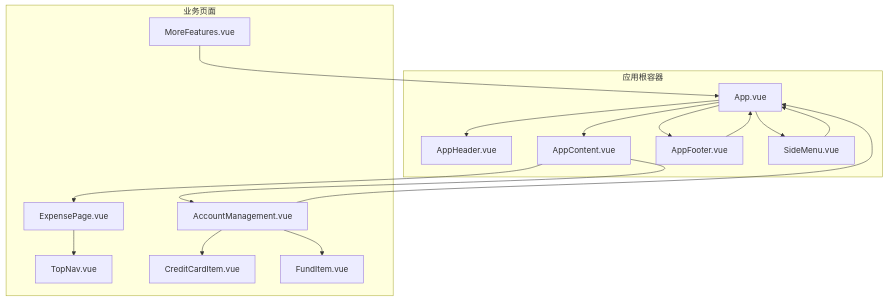
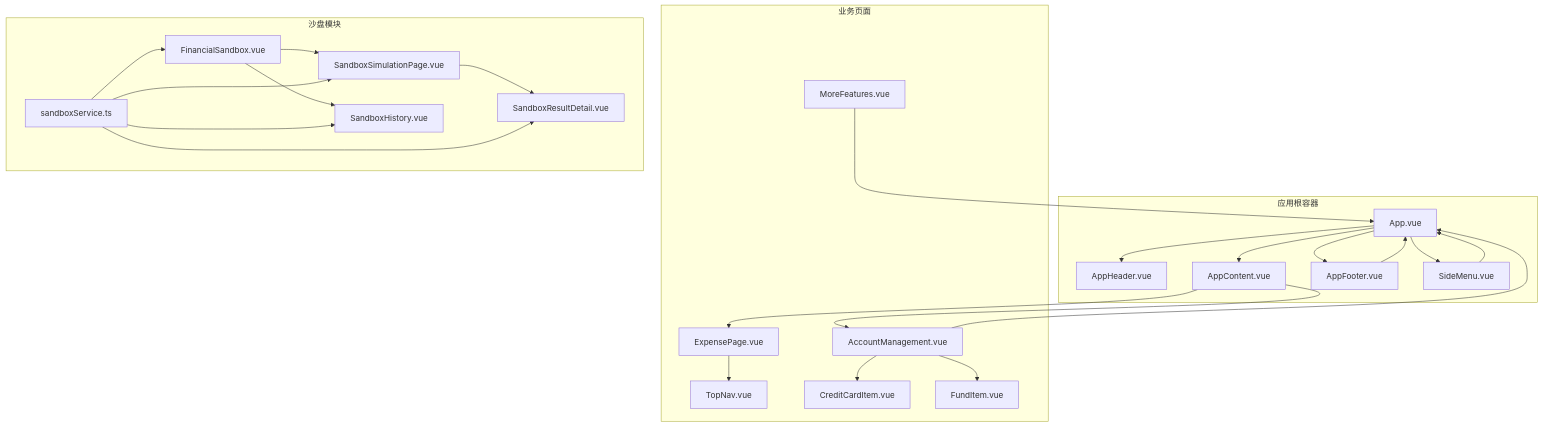
One commit to xiao-lin-unit/yuan changed the first of 9 diagrams in .qoder/repowiki/zh/content/架构设计/组件通信机制.md. Above: the diagram before and after it, drawn with Mermaid. The commit also changed other lines of this file and 24 other files, not shown here.

````diff
--- a/.qoder/repowiki/zh/content/架构设计/组件通信机制.md
+++ b/.qoder/repowiki/zh/content/架构设计/组件通信机制.md
@@ -56,31 +64,45 @@
 ```mermaid
 graph TB
 subgraph "应用根容器"
 App["App.vue"]
 Header["AppHeader.vue"]
 Content["AppContent.vue"]
 Footer["AppFooter.vue"]
 SideMenu["SideMenu.vue"]
 end
 subgraph "业务页面"
 AccMgr["AccountManagement.vue"]
 ExpPage["ExpensePage.vue"]
 TopNav["TopNav.vue"]
 More["MoreFeatures.vue"]
 CreditCard["CreditCardItem.vue"]
 FundItem["FundItem.vue"]
 end
+subgraph "沙盘模块"
+Sandbox["FinancialSandbox.vue"]
+SimPage["SandboxSimulationPage.vue"]
+History["SandboxHistory.vue"]
+ResultDetail["SandboxResultDetail.vue"]
+Service["sandboxService.ts"]
+end
 App --> Header
 App --> Content
 App --> Footer
 App --> SideMenu
 Content --> AccMgr
 Content --> ExpPage
 Footer --> App
 SideMenu --> App
 ExpPage --> TopNav
 AccMgr --> App
 AccMgr --> CreditCard
 AccMgr --> FundItem
 More --> App
+Sandbox --> SimPage
+Sandbox --> History
+SimPage --> ResultDetail
+Service --> Sandbox
+Service --> SimPage
+Service --> History
+Service --> ResultDetail
 ```
````
